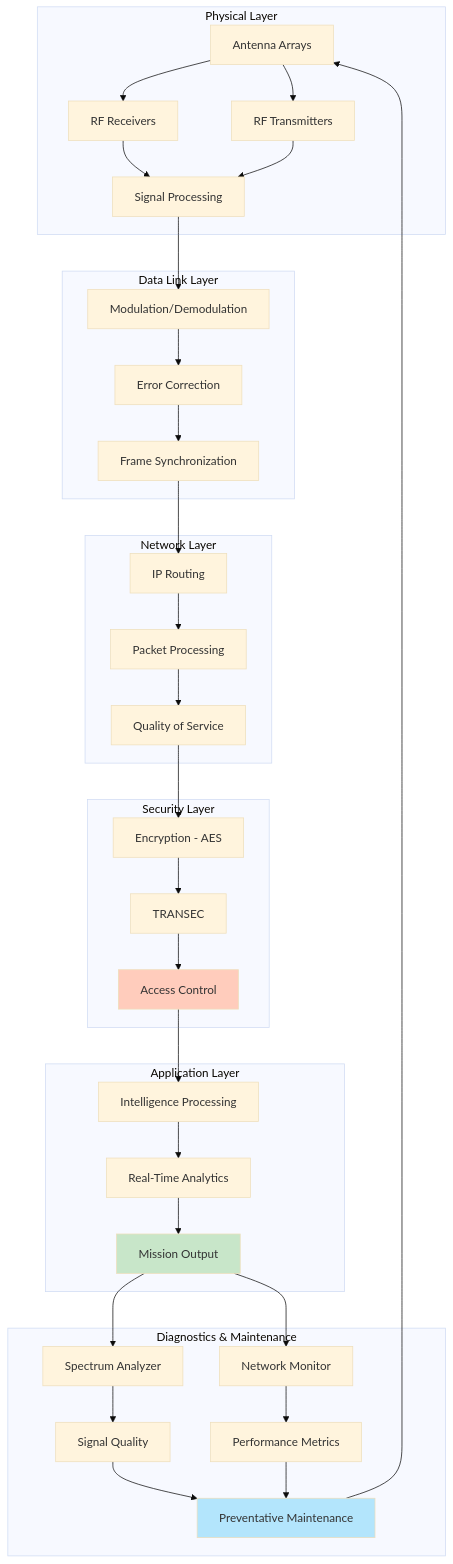
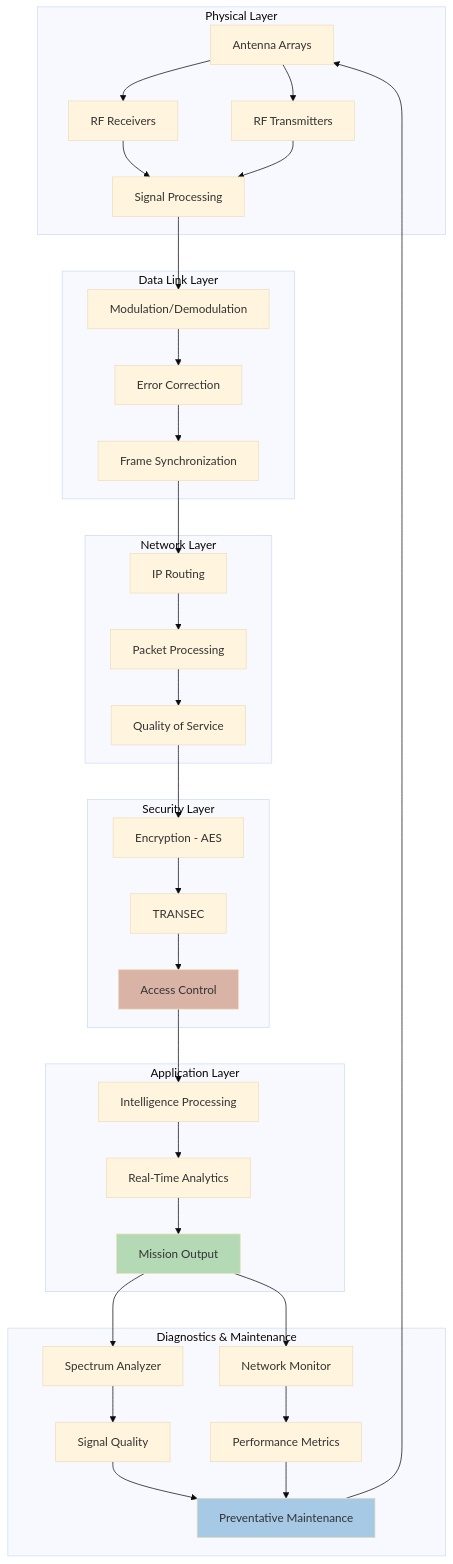
Diagram 11 of 24 in README.md (Tim-Spurlin/RESUME-of-Timothy-Spurlin), drawn with Mermaid (base theme) before and after one commit. The commit also changed other lines of this file, not shown here.

Commit message:
Replace bright Mermaid diagram colors with muted professional tones

````diff
--- a/README.md
+++ b/README.md
@@ -501,48 +501,48 @@
 ```mermaid
 graph TD
     subgraph "Physical Layer"
         A[Antenna Arrays] --> B[RF Receivers]
         A --> C[RF Transmitters]
         B --> D[Signal Processing]
         C --> D
     end
     
     subgraph "Data Link Layer"
         D --> E[Modulation/Demodulation]
         E --> F[Error Correction]
         F --> G[Frame Synchronization]
     end
     
     subgraph "Network Layer"
         G --> H[IP Routing]
         H --> I[Packet Processing]
         I --> J[Quality of Service]
     end
     
     subgraph "Security Layer"
         J --> K[Encryption - AES]
         K --> L[TRANSEC]
         L --> M[Access Control]
     end
     
     subgraph "Application Layer"
         M --> N[Intelligence Processing]
         N --> O[Real-Time Analytics]
         O --> P[Mission Output]
     end
     
     subgraph "Diagnostics & Maintenance"
         Q[Spectrum Analyzer] --> R[Signal Quality]
         S[Network Monitor] --> T[Performance Metrics]
         R --> U[Preventative Maintenance]
         T --> U
         U --> A
     end
     
     P --> Q
     P --> S
     
-    style P fill:#c8e6c9
-    style M fill:#ffccbc
-    style U fill:#b3e5fc
+    style P fill:#b3d9b5
+    style M fill:#d9b3a6
+    style U fill:#a6c9e6
 ```
````
